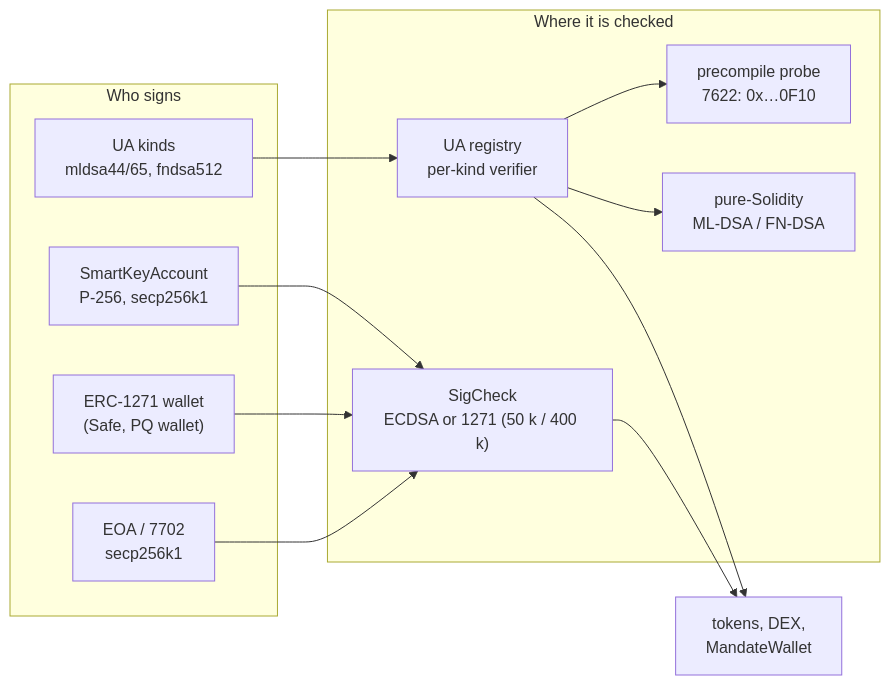
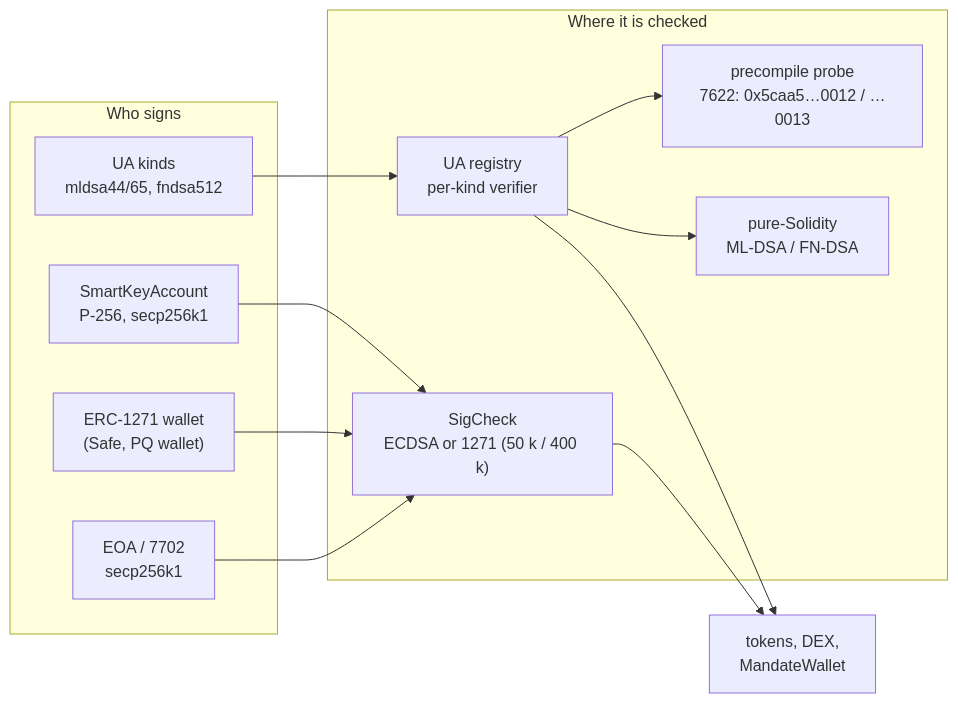
Before and after one commit to dinhduongha/scaas: the diagram in docs/research/pq-eips-vs-scaas.md, drawn with Mermaid. The commit also changed other lines of this file and 5 other files, not shown here.

````diff
--- a/docs/research/pq-eips-vs-scaas.md
+++ b/docs/research/pq-eips-vs-scaas.md
@@ -77,23 +77,23 @@
 ```mermaid
 flowchart LR
   subgraph Sign["Who signs"]
     EOA["EOA / 7702<br/>secp256k1"]
     W1271["ERC-1271 wallet<br/>(Safe, PQ wallet)"]
     SKA["SmartKeyAccount<br/>P-256, secp256k1"]
     UA["UA kinds<br/>mldsa44/65, fndsa512"]
   end
   subgraph Check["Where it is checked"]
     SIG["SigCheck<br/>ECDSA or 1271 (50 k / 400 k)"]
     REG["UA registry<br/>per-kind verifier"]
-    PRE["precompile probe<br/>7622: 0x…0F10"]
+    PRE["precompile probe<br/>7622: 0x5caa5…0012 / …0013"]
     SOL["pure-Solidity<br/>ML-DSA / FN-DSA"]
   end
   EOA --> SIG
   W1271 --> SIG
   SKA --> SIG
   UA --> REG
   REG --> PRE
   REG --> SOL
   SIG --> TOK["tokens, DEX,<br/>MandateWallet"]
   REG --> TOK
 ```
````
